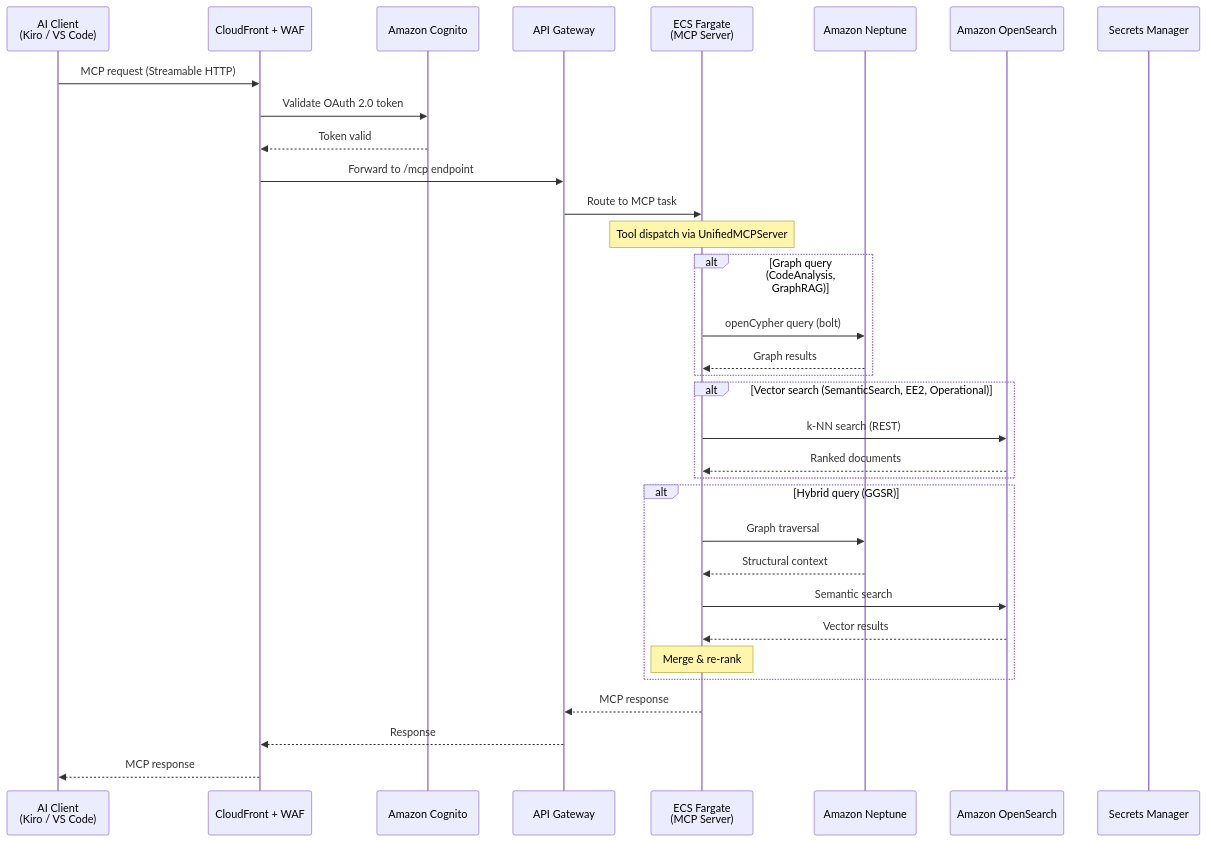
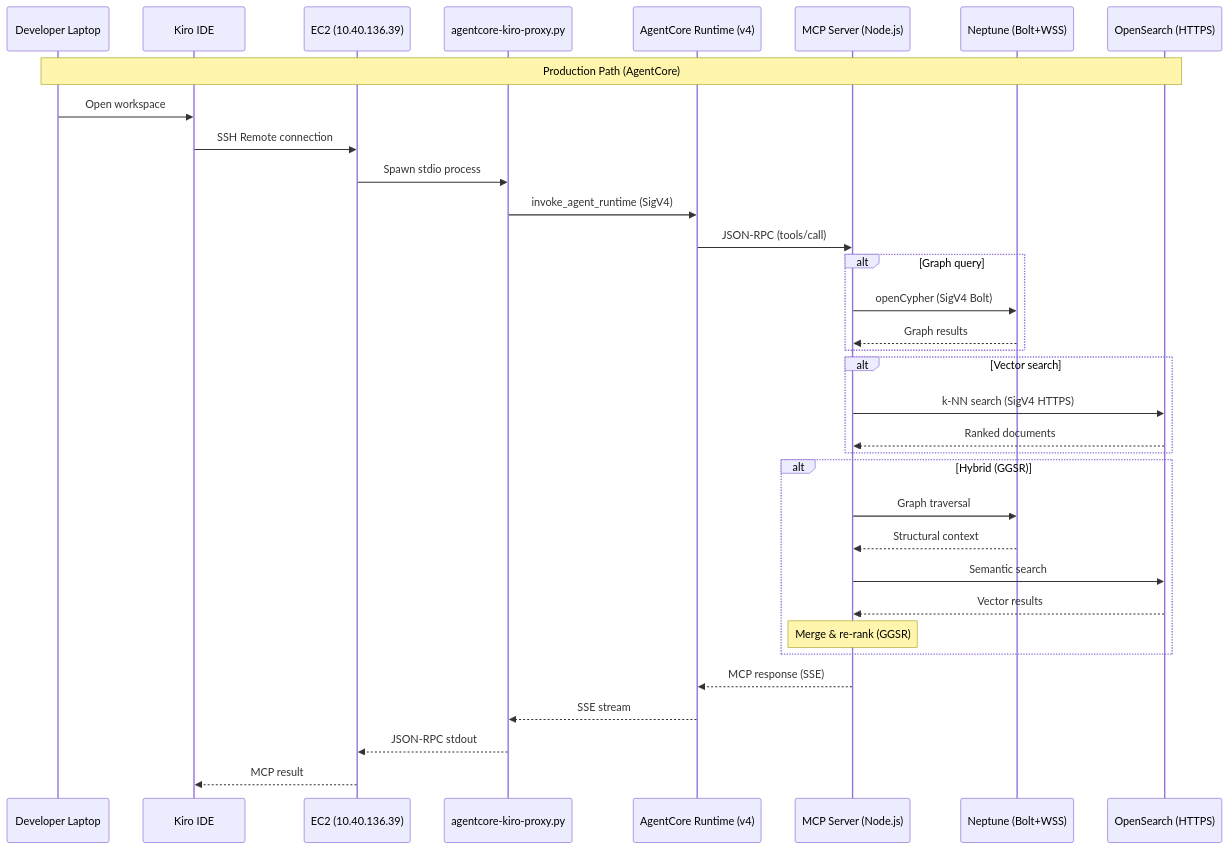
Before and after one commit to TerrenceMcGuinness-NOAA/MDC-MCP-GraphRAG: the third of 3 diagrams in .kiro/specs/aws-infrastructure-port/design.md, drawn with Mermaid. The commit also changed other lines of this file and 13 other files, not shown here.

````diff
--- a/.kiro/specs/aws-infrastructure-port/design.md
+++ b/.kiro/specs/aws-infrastructure-port/design.md
@@ -84,41 +91,42 @@
 ```mermaid
 sequenceDiagram
-    participant Client as AI Client<br/>(Kiro / VS Code)
-    participant CF as CloudFront + WAF
-    participant Cognito as Amazon Cognito
-    participant APIGW as API Gateway
-    participant ECS as ECS Fargate<br/>(MCP Server)
-    participant Neptune as Amazon Neptune
-    participant OS as Amazon OpenSearch
-    participant SM as Secrets Manager
+    participant Dev as Developer Laptop
+    participant Kiro as Kiro IDE
+    participant EC2 as EC2 (10.40.136.39)
+    participant Proxy as agentcore-kiro-proxy.py
+    participant AC as AgentCore Runtime (v4)
+    participant MCP as MCP Server (Node.js)
+    participant Neptune as Neptune (Bolt+WSS)
+    participant OS as OpenSearch (HTTPS)
 
-    Client->>CF: MCP request (Streamable HTTP)
-    CF->>Cognito: Validate OAuth 2.0 token
-    Cognito-->>CF: Token valid
-    CF->>APIGW: Forward to /mcp endpoint
-    APIGW->>ECS: Route to MCP task
+    Note over Dev,OS: Production Path (AgentCore)
 
-    Note over ECS: Tool dispatch via UnifiedMCPServer
+    Dev->>Kiro: Open workspace
+    Kiro->>EC2: SSH Remote connection
+    EC2->>Proxy: Spawn stdio process
+    Proxy->>AC: invoke_agent_runtime (SigV4)
+    AC->>MCP: JSON-RPC (tools/call)
 
-    alt Graph query (CodeAnalysis, GraphRAG)
-        ECS->>Neptune: openCypher query (bolt)
-        Neptune-->>ECS: Graph results
+    alt Graph query
+        MCP->>Neptune: openCypher (SigV4 Bolt)
+        Neptune-->>MCP: Graph results
     end
 
-    alt Vector search (SemanticSearch, EE2, Operational)
-        ECS->>OS: k-NN search (REST)
-        OS-->>ECS: Ranked documents
+    alt Vector search
+        MCP->>OS: k-NN search (SigV4 HTTPS)
+        OS-->>MCP: Ranked documents
     end
 
-    alt Hybrid query (GGSR)
-        ECS->>Neptune: Graph traversal
-        Neptune-->>ECS: Structural context
-        ECS->>OS: Semantic search
-        OS-->>ECS: Vector results
-        Note over ECS: Merge & re-rank
+    alt Hybrid (GGSR)
+        MCP->>Neptune: Graph traversal
+        Neptune-->>MCP: Structural context
+        MCP->>OS: Semantic search
+        OS-->>MCP: Vector results
+        Note over MCP: Merge & re-rank (GGSR)
     end
 
-    ECS-->>APIGW: MCP response
-    APIGW-->>CF: Response
-    CF-->>Client: MCP response
+    MCP-->>AC: MCP response (SSE)
+    AC-->>Proxy: SSE stream
+    Proxy-->>EC2: JSON-RPC stdout
+    EC2-->>Kiro: MCP result
 ```
````
